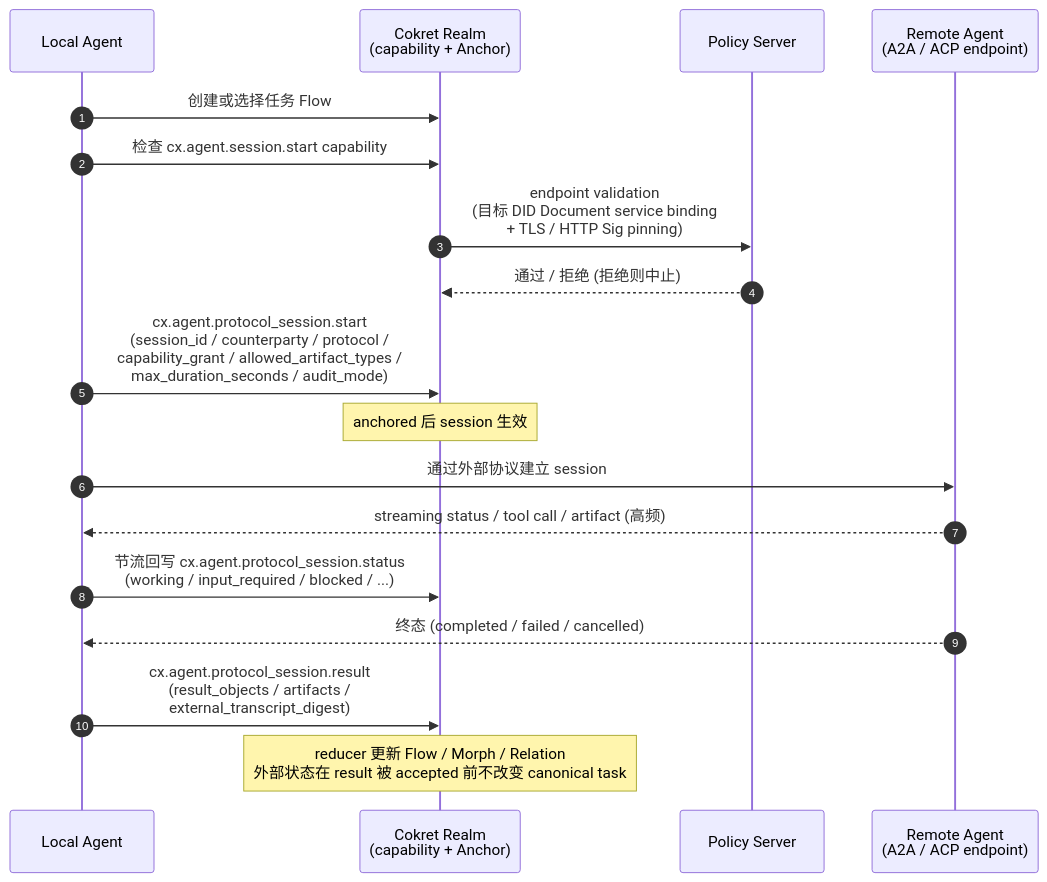
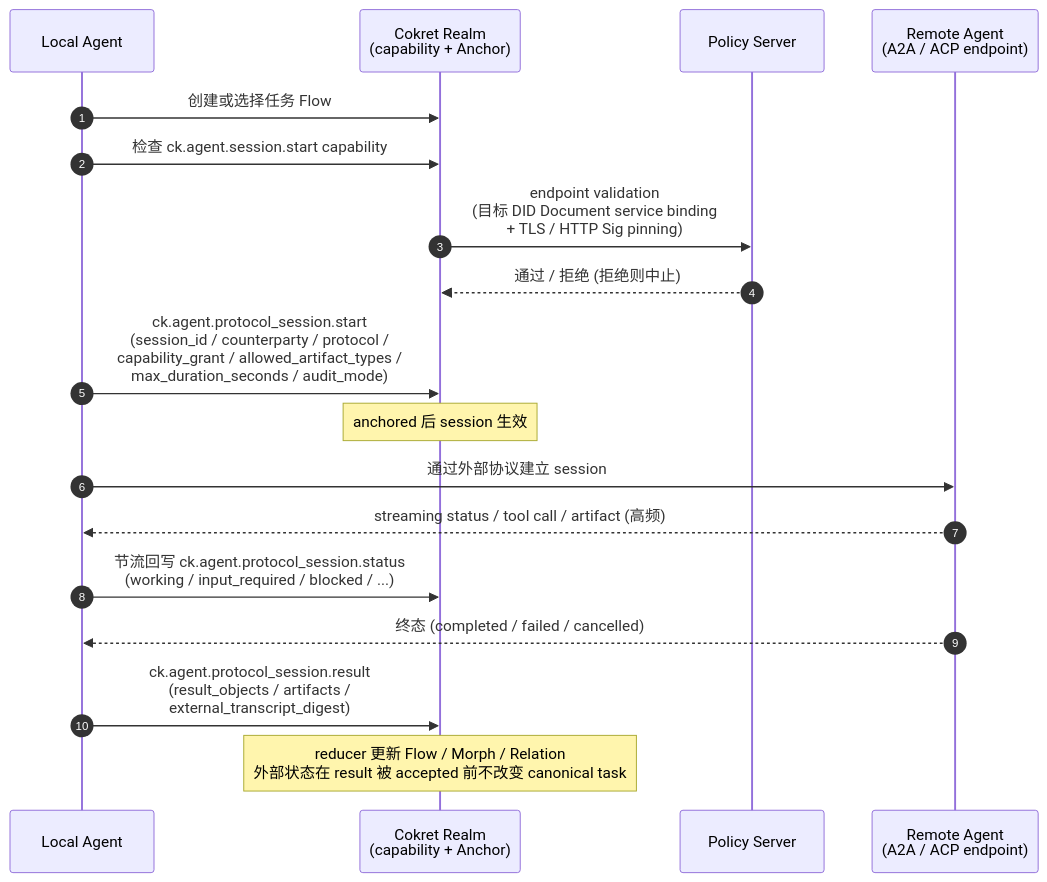
The diagram in spec/v1/zh/extensions/agent-protocol-interop.md (arkret-org/arkret-spec), drawn with Mermaid before and after one commit. The commit also changed other lines of this file and 197 other files, not shown here.

````diff
--- a/spec/v1/zh/extensions/agent-protocol-interop.md
+++ b/spec/v1/zh/extensions/agent-protocol-interop.md
@@ -238,23 +238,23 @@
 ```mermaid
 sequenceDiagram
     autonumber
     participant LocalAg as Local Agent
     participant Cx as Cokret Realm<br>(capability + Anchor)
     participant Pol as Policy Server
     participant Remote as Remote Agent<br>(A2A / ACP endpoint)
 
     LocalAg->>Cx: 创建或选择任务 Flow
-    LocalAg->>Cx: 检查 cx.agent.session.start capability
+    LocalAg->>Cx: 检查 ck.agent.session.start capability
     Cx->>Pol: endpoint validation<br>(目标 DID Document service binding<br> + TLS / HTTP Sig pinning)
     Pol-->>Cx: 通过 / 拒绝 (拒绝则中止)
-    LocalAg->>Cx: cx.agent.protocol_session.start<br>(session_id / counterparty / protocol /<br> capability_grant / allowed_artifact_types /<br> max_duration_seconds / audit_mode)
+    LocalAg->>Cx: ck.agent.protocol_session.start<br>(session_id / counterparty / protocol /<br> capability_grant / allowed_artifact_types /<br> max_duration_seconds / audit_mode)
     note over Cx: anchored 后 session 生效
 
     LocalAg->>Remote: 通过外部协议建立 session
     Remote-->>LocalAg: streaming status / tool call / artifact (高频)
-    LocalAg->>Cx: 节流回写 cx.agent.protocol_session.status<br>(working / input_required / blocked / ...)
+    LocalAg->>Cx: 节流回写 ck.agent.protocol_session.status<br>(working / input_required / blocked / ...)
 
     Remote-->>LocalAg: 终态 (completed / failed / cancelled)
-    LocalAg->>Cx: cx.agent.protocol_session.result<br>(result_objects / artifacts /<br> external_transcript_digest)
+    LocalAg->>Cx: ck.agent.protocol_session.result<br>(result_objects / artifacts /<br> external_transcript_digest)
     note over Cx: reducer 更新 Flow / Morph / Relation<br>外部状态在 result 被 accepted 前不改变 canonical task
 ```
````
